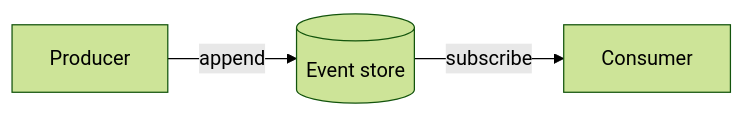
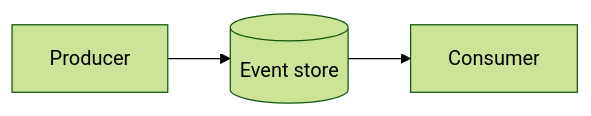
Before and after one commit to shinzui/keiro-runtime-docs: the diagram in content/docs/_templates/explanation.mdx, drawn with Mermaid (forest theme). The commit also changed other lines of this file and 185 other files, not shown here.

````diff
--- a/content/docs/_templates/explanation.mdx
+++ b/content/docs/_templates/explanation.mdx
@@ -19,5 +13,5 @@
 ```mermaid
 flowchart LR
-  A[Producer] -->|append| S[(Event store)]
-  S -->|subscribe| C[Consumer]
+  Producer --> Store[(Event store)]
+  Store --> Consumer
 ```
````
